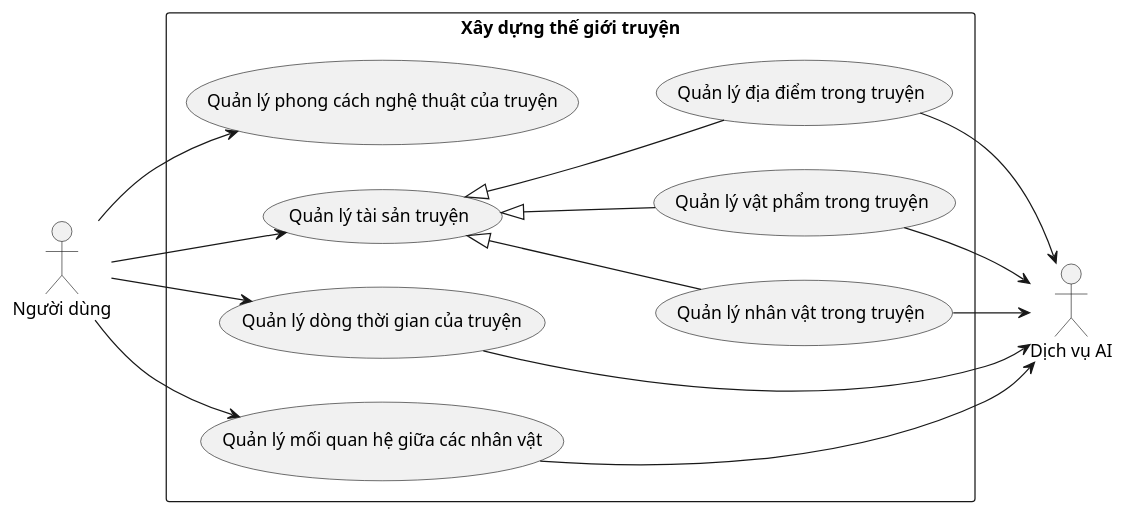
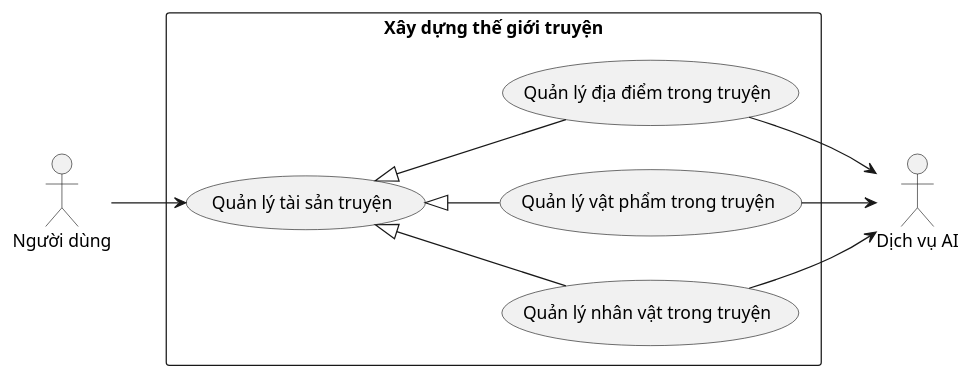
One commit to 202416852-anhpv/story2video-docs changed the diagram in docs/bieu-do-uc/bieu-do-uc-chi-tiet/setup/xay-dung-the-gioi-truyen.puml. Above: the diagram before and after it, drawn with PlantUML. The commit also changed 5 other files, not shown here.

```diff
--- a/docs/bieu-do-uc/bieu-do-uc-chi-tiet/setup/xay-dung-the-gioi-truyen.puml
+++ b/docs/bieu-do-uc/bieu-do-uc-chi-tiet/setup/xay-dung-the-gioi-truyen.puml
@@ -1,32 +1,23 @@
 @startuml xay-dung-the-gioi-truyen
 left to right direction
 
 actor "Người dùng" as User
 actor "Dịch vụ AI" as AI_Service
 
 rectangle "Xây dựng thế giới truyện" {
     usecase "Quản lý nhân vật trong truyện" as UC_01
     usecase "Quản lý vật phẩm trong truyện" as UC_02
     usecase "Quản lý địa điểm trong truyện" as UC_03
-    usecase "Quản lý phong cách nghệ thuật của truyện" as UC_04
-    usecase "Quản lý dòng thời gian của truyện" as UC_05
-    usecase "Quản lý mối quan hệ giữa các nhân vật" as UC_06
     usecase "Quản lý tài sản truyện" as UC_07
 }
 
 User --> UC_07
 UC_07 <|-- UC_01
 UC_07 <|-- UC_02
 UC_07 <|-- UC_03
 
-User --> UC_04
-User --> UC_05
-User --> UC_06
-
 UC_01 --> AI_Service
 UC_02 --> AI_Service
 UC_03 --> AI_Service
-UC_05 --> AI_Service
-UC_06 --> AI_Service
 
 @enduml
```
